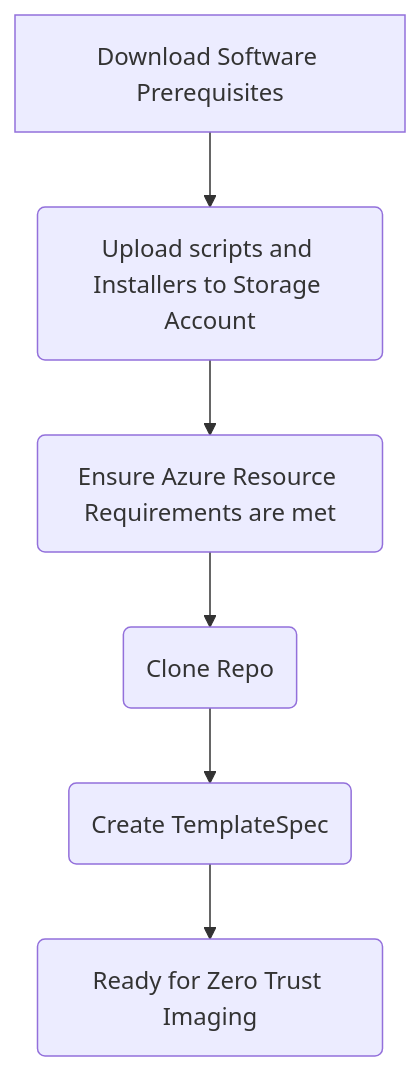
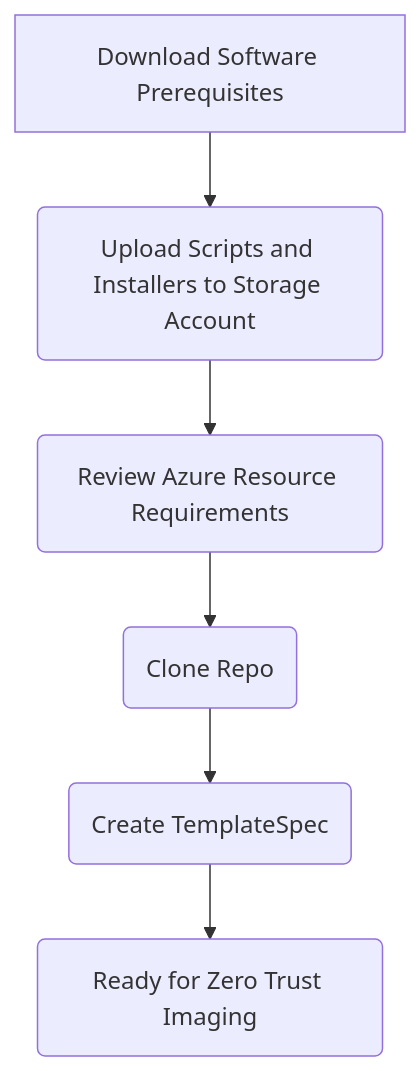
Before and after one commit to mikedzikowski/ZTAImage: the diagram in README.md, drawn with Mermaid.

Commit message:
flow td update

````diff
--- a/README.md
+++ b/README.md
@@ -5,5 +5,5 @@
 ```mermaid
 graph TD;
 
-    A[Download Software Prerequisites] -->B(Upload scripts and Installers to Storage Account)-->C(Ensure Azure Resource Requirements are met) -->D(Clone Repo) --> E(Create TemplateSpec)--> F(Ready for Zero Trust Imaging)
+    A[Download Software Prerequisites] -->B(Upload Scripts and Installers to Storage Account)-->C(Review Azure Resource Requirements) -->D(Clone Repo) --> E(Create TemplateSpec)--> F(Ready for Zero Trust Imaging)
 ```
````
